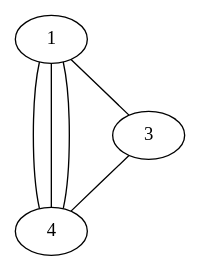
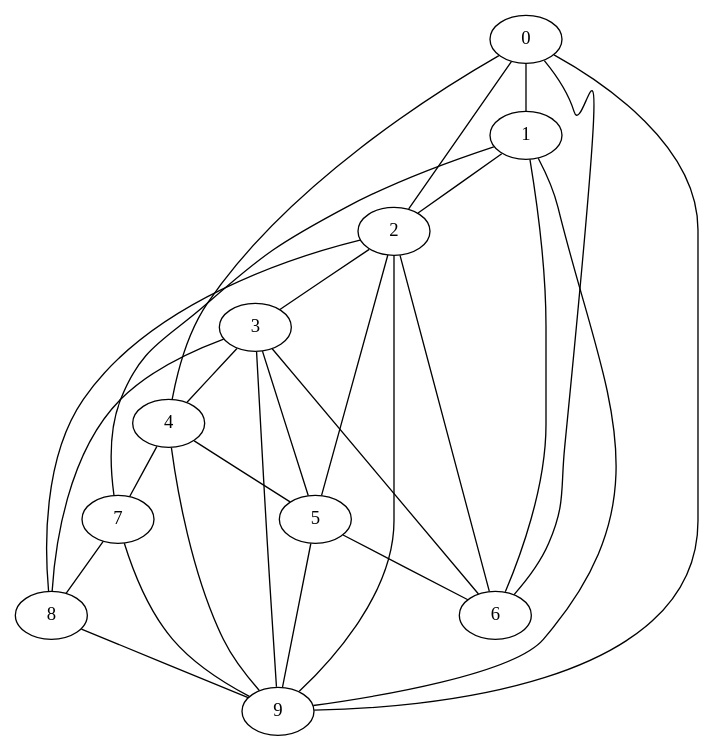
The diagram in src/print.gv (YacineIdouar/Complex_Karger), drawn with Graphviz before and after one commit. The commit also changed other lines of this file and 1 other file, not shown here.

```diff
--- a/src/print.gv
+++ b/src/print.gv
@@ -1,8 +1,28 @@
-
-
-graph {1 -- 4 
-1 -- 4 
-1 -- 4 
-1 -- 3 
+graph {0 -- 1 
+0 -- 2 
+0 -- 4 
+0 -- 6 
+0 -- 9 
+1 -- 2 
+1 -- 6 
+1 -- 7 
+1 -- 9 
+2 -- 3 
+2 -- 5 
+2 -- 6 
+2 -- 8 
+2 -- 9 
 3 -- 4 
+3 -- 5 
+3 -- 6 
+3 -- 8 
+3 -- 9 
+4 -- 5 
+4 -- 7 
+4 -- 9 
+5 -- 6 
+5 -- 9 
+7 -- 8 
+7 -- 9 
+8 -- 9 
 }
```
